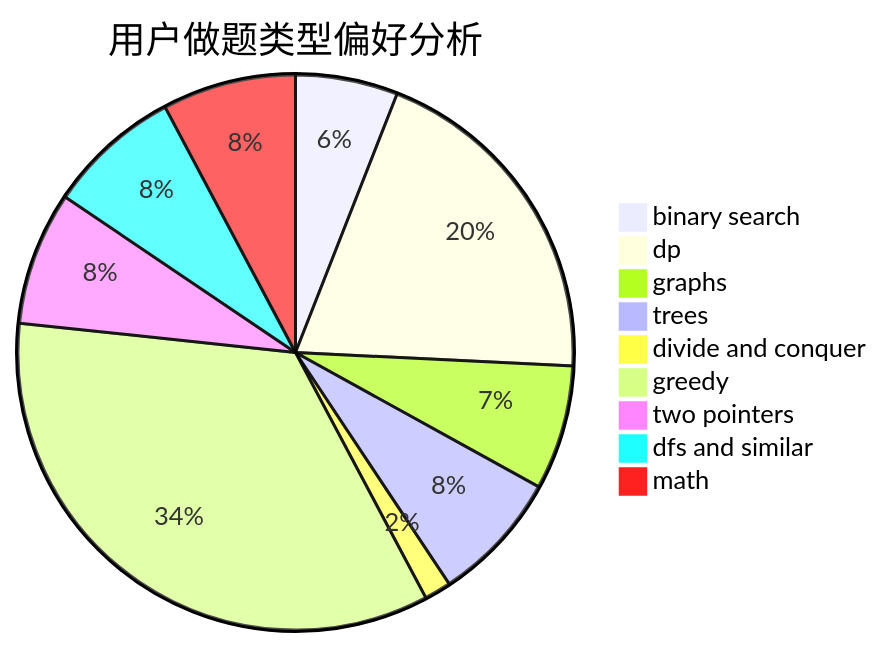
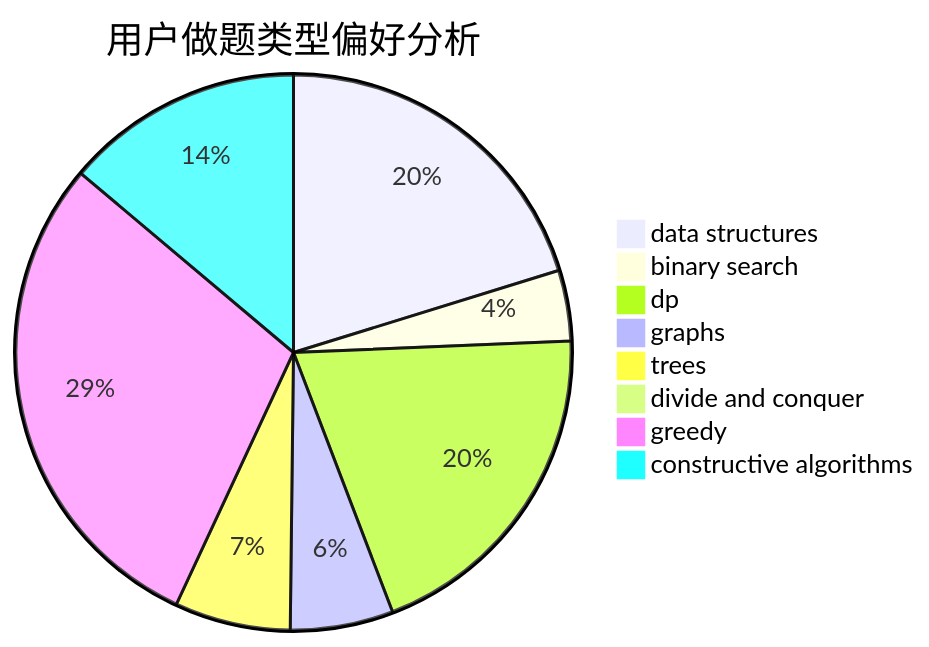
The second of 3 diagrams in docs/user/u2382.md (sherpahu/cfrs.github.io), drawn with Mermaid before and after one commit. The commit also changed other lines of this file and 2775 other files, not shown here.

````diff
--- a/docs/user/u2382.md
+++ b/docs/user/u2382.md
@@ -23,12 +23,11 @@
 ```mermaid
 pie title 用户做题类型偏好分析
-    "binary search" :  46
-    "dp" :  153
-    "graphs" :  56
-    "trees" :  59
-    "divide and conquer" :  12
-    "greedy" :  266
-    "two pointers" :  60
-    "dfs and similar" :  60
-    "math" :  60
+    "data structures" :  54
+    "binary search" :  11
+    "dp" :  53
+    "graphs" :  16
+    "trees" :  18
+    "divide and conquer" :  0
+    "greedy" :  78
+    "constructive algorithms" :  37
 ```
````
